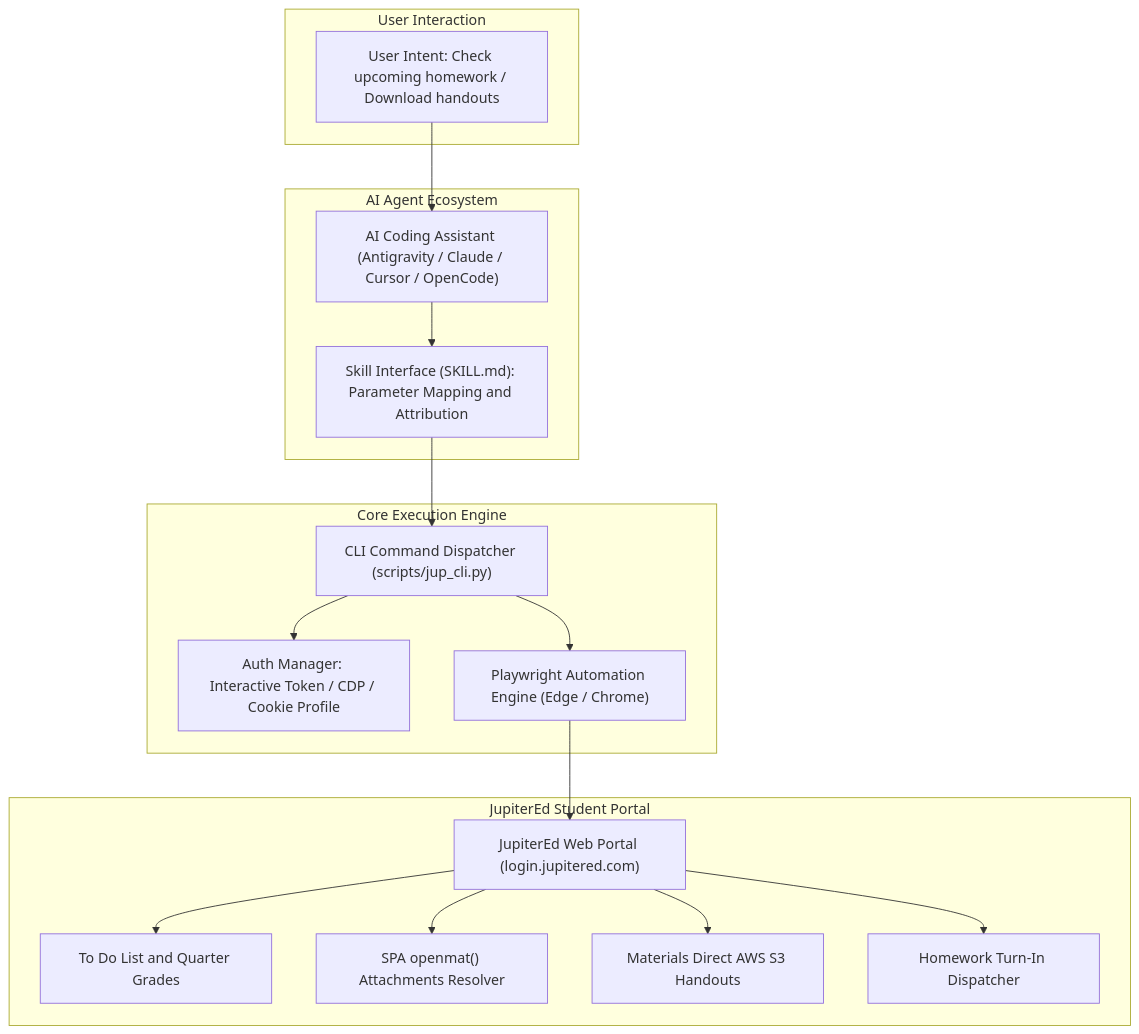
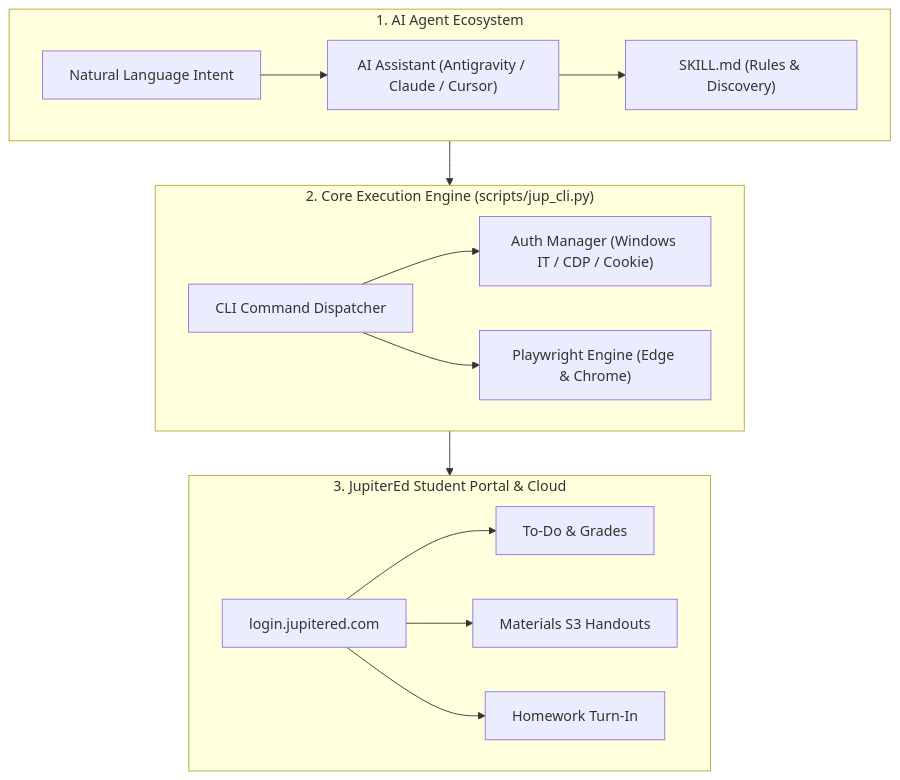
Before and after one commit to NMDX0721/jupitered-skills: the diagram in README.md, drawn with Mermaid. The commit also changed 1 other file, not shown here.

Commit message:
docs: optimize Mermaid architecture diagram to balanced 3-tier layout

````diff
--- a/README.md
+++ b/README.md
@@ -58,37 +58,31 @@
 ```mermaid
 flowchart TD
-    subgraph UserSpace [User Interaction]
-        Prompt["User Intent: Check upcoming homework / Download handouts"]
+    subgraph S1 ["1. AI Agent Ecosystem"]
+        direction LR
+        Prompt["Natural Language Intent"] --> Agent["AI Assistant (Antigravity / Claude / Cursor)"]
+        Agent --> Skill["SKILL.md (Rules & Discovery)"]
     end
 
-    subgraph AgentSpace [AI Agent Ecosystem]
-        Agent["AI Coding Assistant (Antigravity / Claude / Cursor / OpenCode)"]
-        SkillInterface["Skill Interface (SKILL.md): Parameter Mapping and Attribution"]
-        Agent --> SkillInterface
+    subgraph S2 ["2. Core Execution Engine (scripts/jup_cli.py)"]
+        direction LR
+        CLI["CLI Command Dispatcher"]
+        Auth["Auth Manager (Windows IT / CDP / Cookie)"]
+        Browser["Playwright Engine (Edge & Chrome)"]
+        CLI --> Auth
+        CLI --> Browser
     end
 
-    subgraph CoreSpace [Core Execution Engine]
-        CLI["CLI Command Dispatcher (scripts/jup_cli.py)"]
-        AuthMgr["Auth Manager: Interactive Token / CDP / Cookie Profile"]
-        BrowserEngine["Playwright Automation Engine (Edge / Chrome)"]
-        CLI --> AuthMgr
-        CLI --> BrowserEngine
-    end
-
-    subgraph PortalSpace [JupiterEd Student Portal]
-        Portal["JupiterEd Web Portal (login.jupitered.com)"]
-        ToDo["To Do List and Quarter Grades"]
-        OpenMat["SPA openmat() Attachments Resolver"]
-        Materials["Materials Direct AWS S3 Handouts"]
-        TurnIn["Homework Turn-In Dispatcher"]
-
+    subgraph S3 ["3. JupiterEd Student Portal & Cloud"]
+        direction LR
+        Portal["login.jupitered.com"]
+        ToDo["To-Do & Grades"]
+        Mat["Materials S3 Handouts"]
+        TurnIn["Homework Turn-In"]
         Portal --> ToDo
-        Portal --> OpenMat
-        Portal --> Materials
+        Portal --> Mat
         Portal --> TurnIn
     end
 
-    Prompt --> Agent
-    SkillInterface --> CLI
-    BrowserEngine --> Portal
+    Skill --> CLI
+    Browser --> Portal
 ```
````
